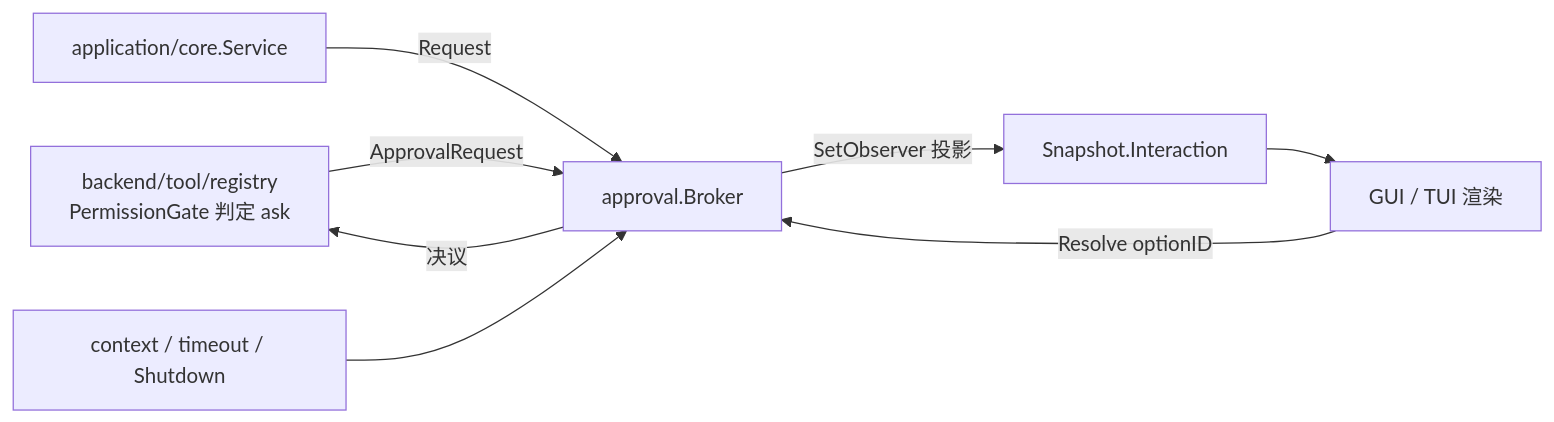
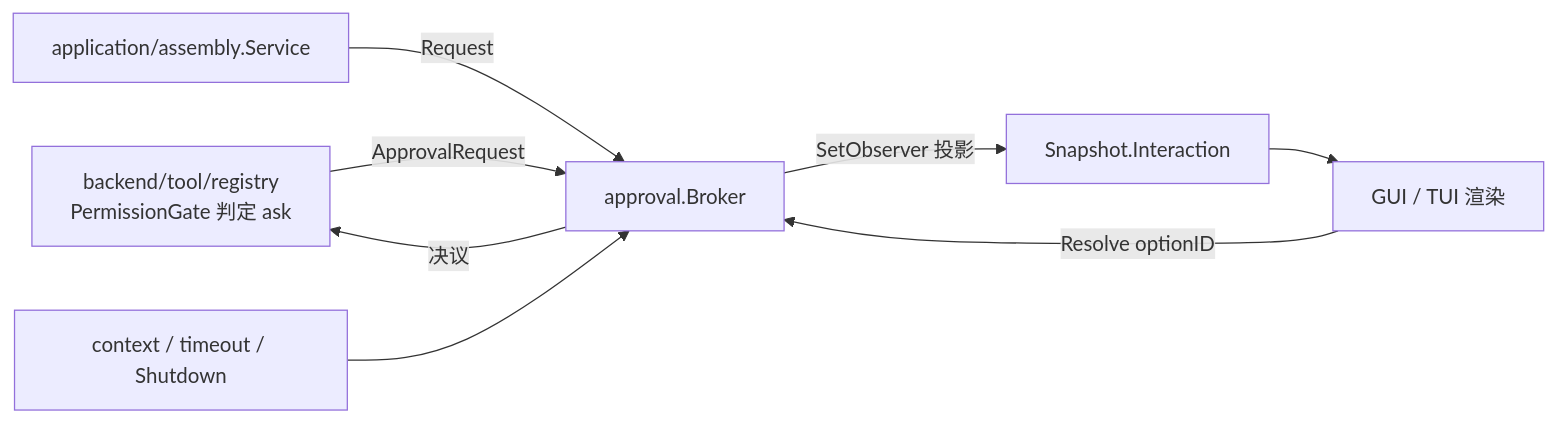
The first of 3 diagrams in backend/limit/approval/README.md (RedHuang-0622/seelex), drawn with Mermaid before and after one commit. The commit also changed other lines of this file and 941 other files, not shown here.

Commit message:
refactor(application): retire core package

````diff
--- a/backend/limit/approval/README.md
+++ b/backend/limit/approval/README.md
@@ -24,10 +24,10 @@
 ```mermaid
 flowchart LR
     GATE["backend/tool/registry<br/>PermissionGate 判定 ask"] -->|ApprovalRequest| BROKER["approval.Broker"]
-    SVC["application/core.Service"] -->|Request| BROKER
+    SVC["application/assembly.Service"] -->|Request| BROKER
     BROKER -->|SetObserver 投影| SNAP["Snapshot.Interaction"]
     SNAP --> FE["GUI / TUI 渲染"]
     FE -->|Resolve optionID| BROKER
     BROKER -->|决议| GATE
     TIMEOUT["context / timeout / Shutdown"] --> BROKER
 ```
````
